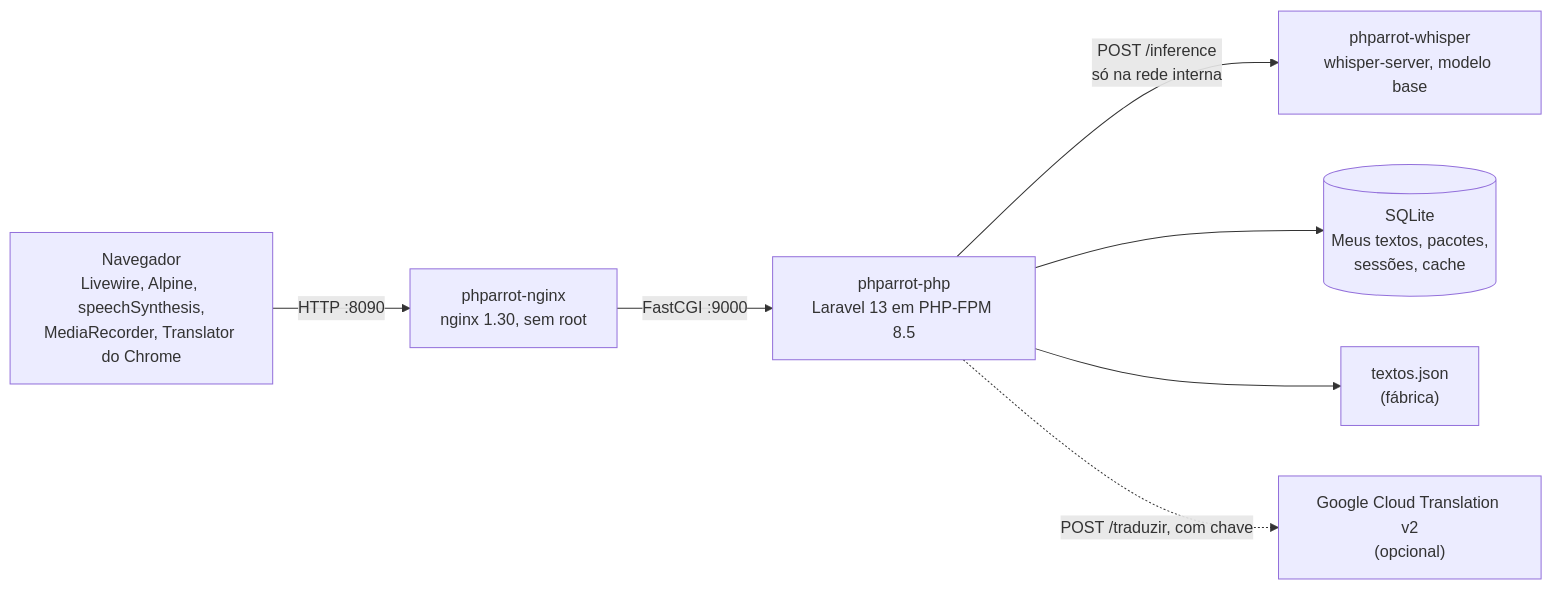
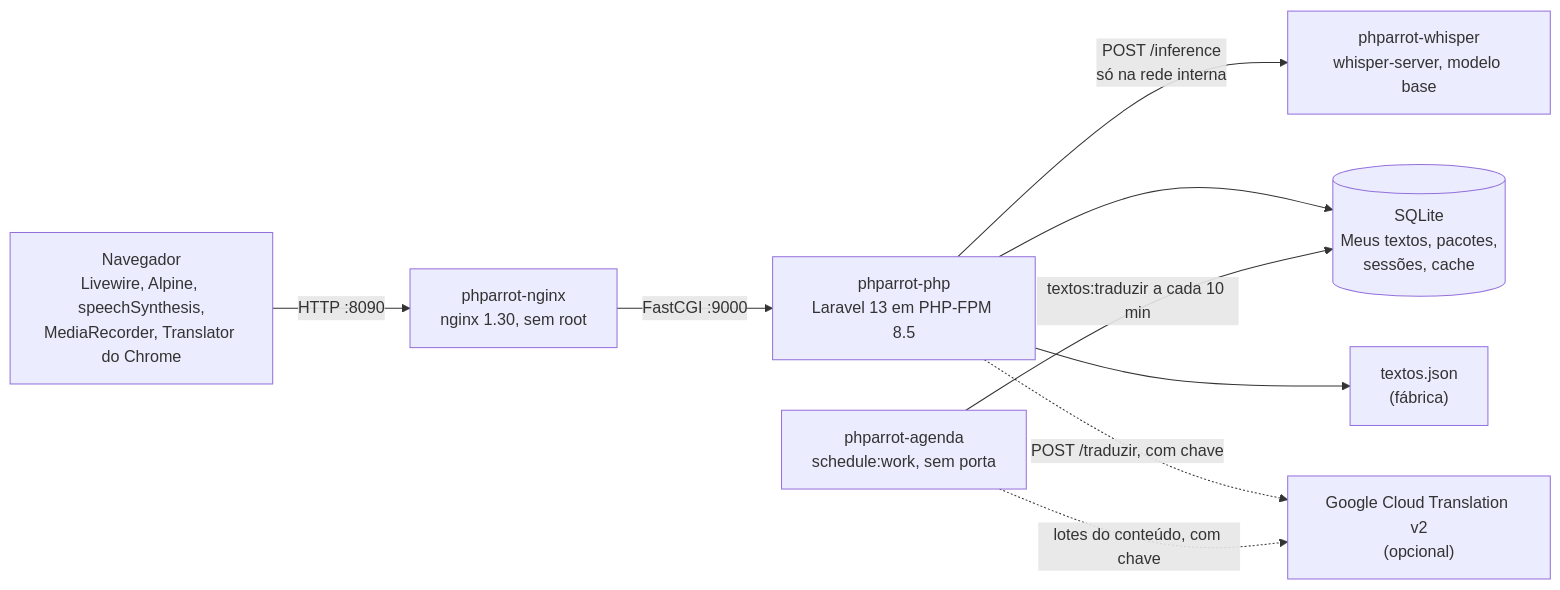
One commit to caiobarilli/PHParrot changed the diagram in docs/arquitetura.md. Above: the diagram before and after it, drawn with Mermaid. The commit also changed other lines of this file and 4 other files, not shown here.

````diff
--- a/docs/arquitetura.md
+++ b/docs/arquitetura.md
@@ -5,17 +5,20 @@
 ```mermaid
 flowchart LR
     nav["Navegador<br/>Livewire, Alpine, speechSynthesis,<br/>MediaRecorder, Translator do Chrome"]
     nginx["phparrot-nginx<br/>nginx 1.30, sem root"]
     php["phparrot-php<br/>Laravel 13 em PHP-FPM 8.5"]
     whisper["phparrot-whisper<br/>whisper-server, modelo base"]
+    agenda["phparrot-agenda<br/>schedule:work, sem porta"]
     db[("SQLite<br/>Meus textos, pacotes,<br/>sessões, cache")]
     json["textos.json<br/>(fábrica)"]
     google["Google Cloud Translation v2<br/>(opcional)"]
 
     nav -- "HTTP :8090" --> nginx
     nginx -- "FastCGI :9000" --> php
     php -- "POST /inference<br/>só na rede interna" --> whisper
     php --> db
     php --> json
     php -. "POST /traduzir, com chave" .-> google
+    agenda -- "textos:traduzir a cada 10 min" --> db
+    agenda -. "lotes do conteúdo, com chave" .-> google
 ```
````
